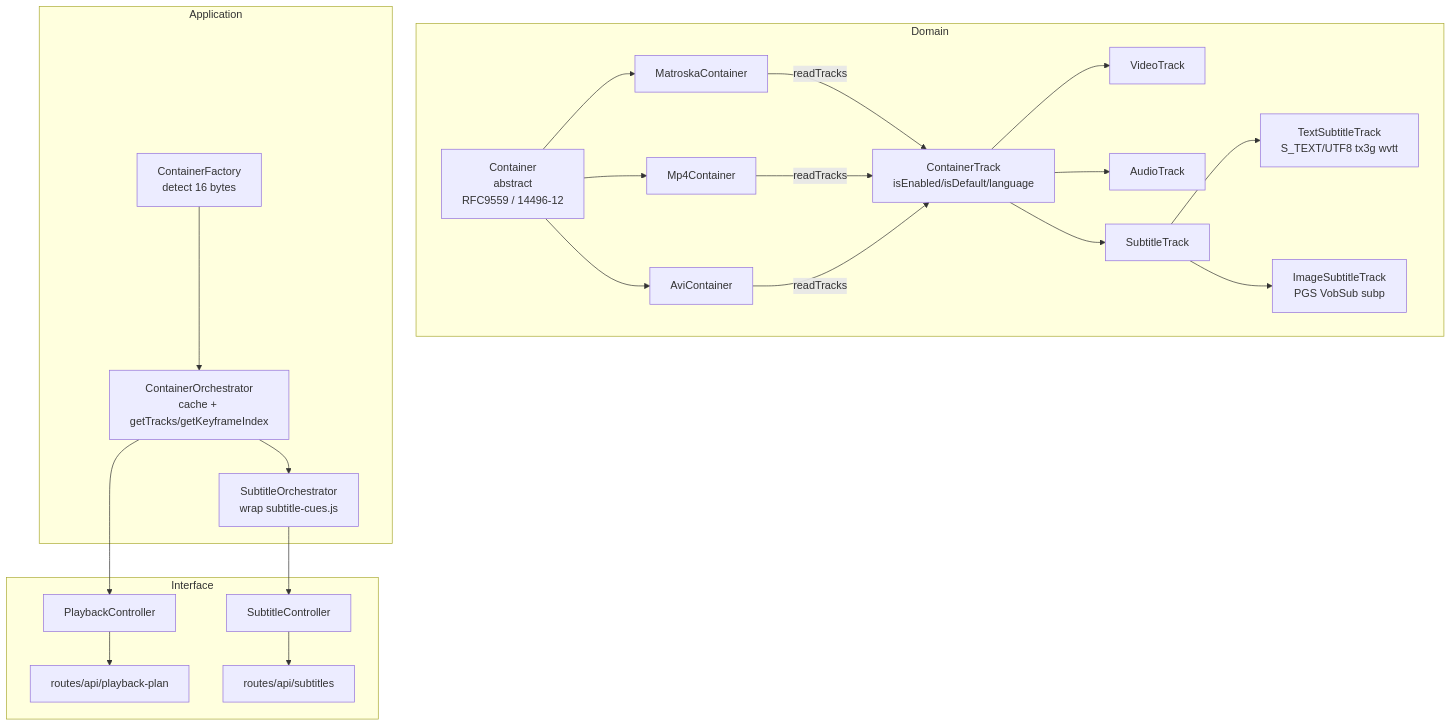
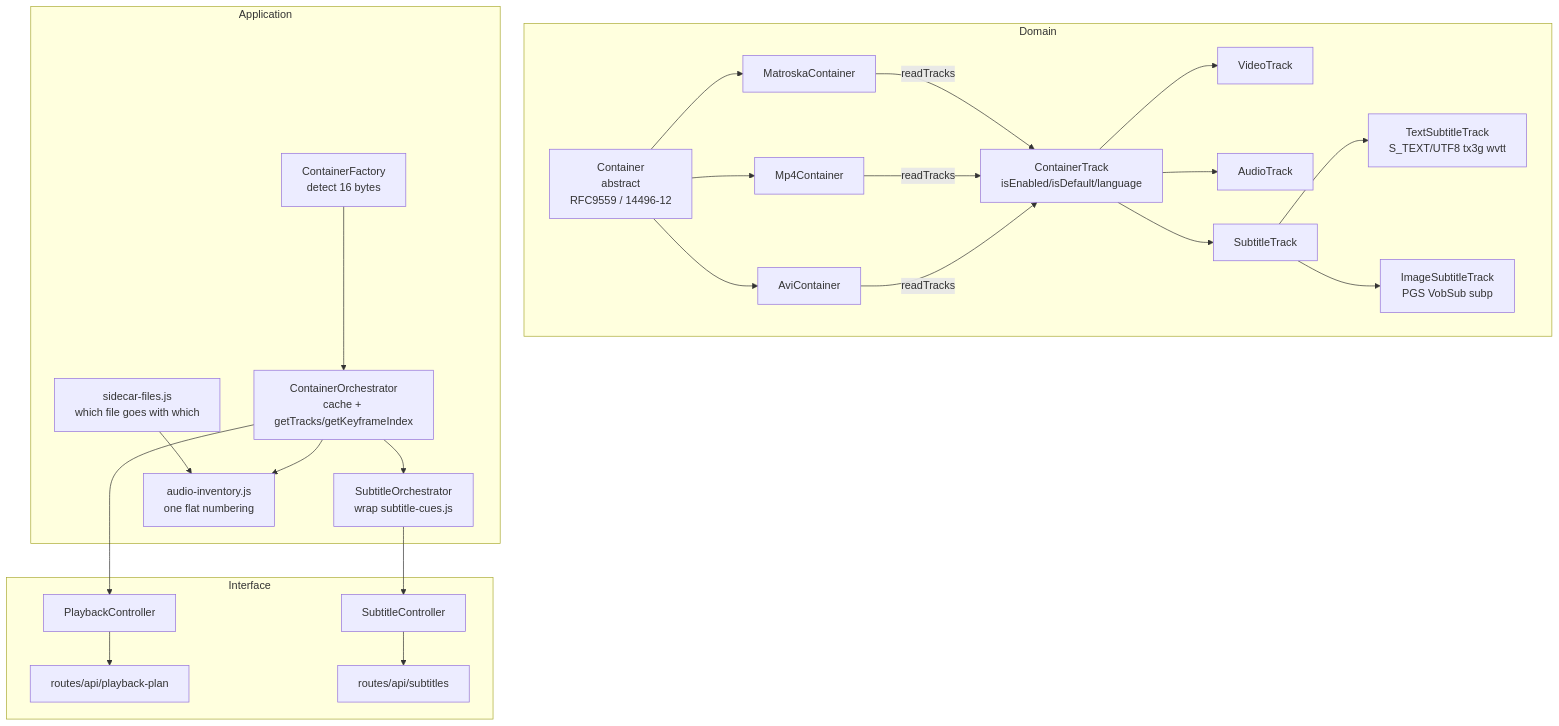
Before and after one commit to torrent-tv/proxy: the diagram in docs/container-architecture.md, drawn with Mermaid. The commit also changed other lines of this file and 16 other files, not shown here.

````diff
--- a/docs/container-architecture.md
+++ b/docs/container-architecture.md
@@ -7,36 +33,40 @@
 ```mermaid
 flowchart TB
   subgraph Domain
     C[Container<br/>abstract<br/>RFC9559 / 14496-12]
     MC[MatroskaContainer]
     MpC[Mp4Container]
     AC[AviContainer]
     CT[ContainerTrack<br/>isEnabled/isDefault/language]
     VT[VideoTrack]
     AT[AudioTrack]
     ST[SubtitleTrack]
     TST[TextSubtitleTrack<br/>S_TEXT/UTF8 tx3g wvtt]
     IST[ImageSubtitleTrack<br/>PGS VobSub subp]
     C --> MC & MpC & AC
     CT --> VT & AT & ST
     ST --> TST & IST
     MC & MpC & AC -- readTracks --> CT
   end
   subgraph Application
     CF[ContainerFactory<br/>detect 16 bytes]
     CO[ContainerOrchestrator<br/>cache + getTracks/getKeyframeIndex]
     SO[SubtitleOrchestrator<br/>wrap subtitle-cues.js]
+    SF[sidecar-files.js<br/>which file goes with which]
+    AI[audio-inventory.js<br/>one flat numbering]
     CF --> CO
     CO --> SO
+    SF --> AI
+    CO --> AI
   end
   subgraph Interface
     PC[PlaybackController]
     SC[SubtitleController]
     R1[routes/api/playback-plan]
     R2[routes/api/subtitles]
     PC --> R1
     SC --> R2
     CO --> PC
     SO --> SC
   end
 ```
````
